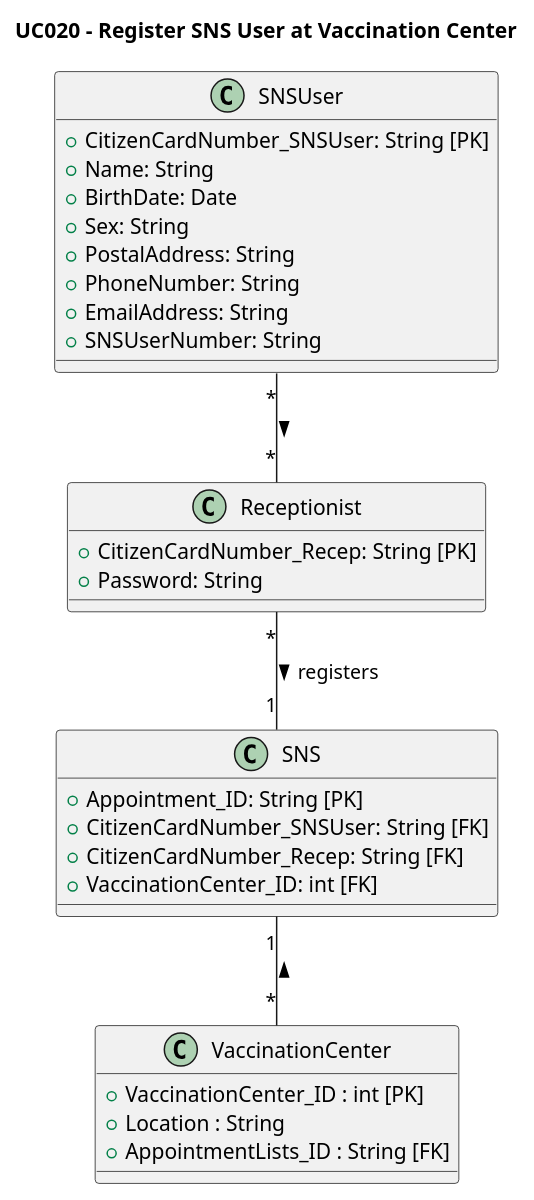
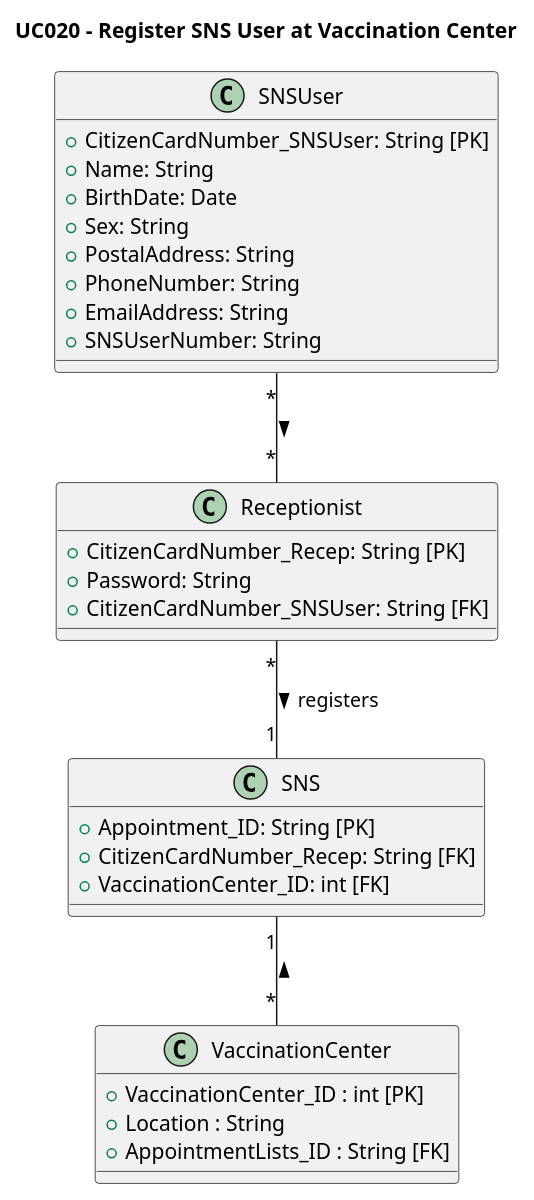
The diagram in sns-base/doc/global/use-cases/UC020/ucd-UCD020.puml (rafaafig/SnsTrab), drawn with PlantUML before and after one commit.

```diff
--- a/sns-base/doc/global/use-cases/UC020/ucd-UCD020.puml
+++ b/sns-base/doc/global/use-cases/UC020/ucd-UCD020.puml
@@ -1,40 +1,41 @@
 @startuml
 skinparam monochrome false
 skinparam shadowing false
 
 title UC020 - Register SNS User at Vaccination Center
 
 class VaccinationCenter {
     + VaccinationCenter_ID : int [PK]
     + Location : String
     + AppointmentLists_ID : String [FK]
 }
 class Receptionist {
     +CitizenCardNumber_Recep: String [PK]
     +Password: String
+    +CitizenCardNumber_SNSUser: String [FK]
+
 }
 
 class SNSUser {
     +CitizenCardNumber_SNSUser: String [PK]
     +Name: String
     +BirthDate: Date
     +Sex: String
     +PostalAddress: String
     +PhoneNumber: String
     +EmailAddress: String
     +SNSUserNumber: String
 }
 class SNS {
     +Appointment_ID: String [PK]
-    +CitizenCardNumber_SNSUser: String [FK]
     +CitizenCardNumber_Recep: String [FK]
     +VaccinationCenter_ID: int [FK]
 }
 
 ' Relationships
 SNSUser "*" -- "*" Receptionist : >
 Receptionist "*" -- "1" SNS : registers >
 SNS "1" -- "*" VaccinationCenter : <
 
 
 @enduml
```
